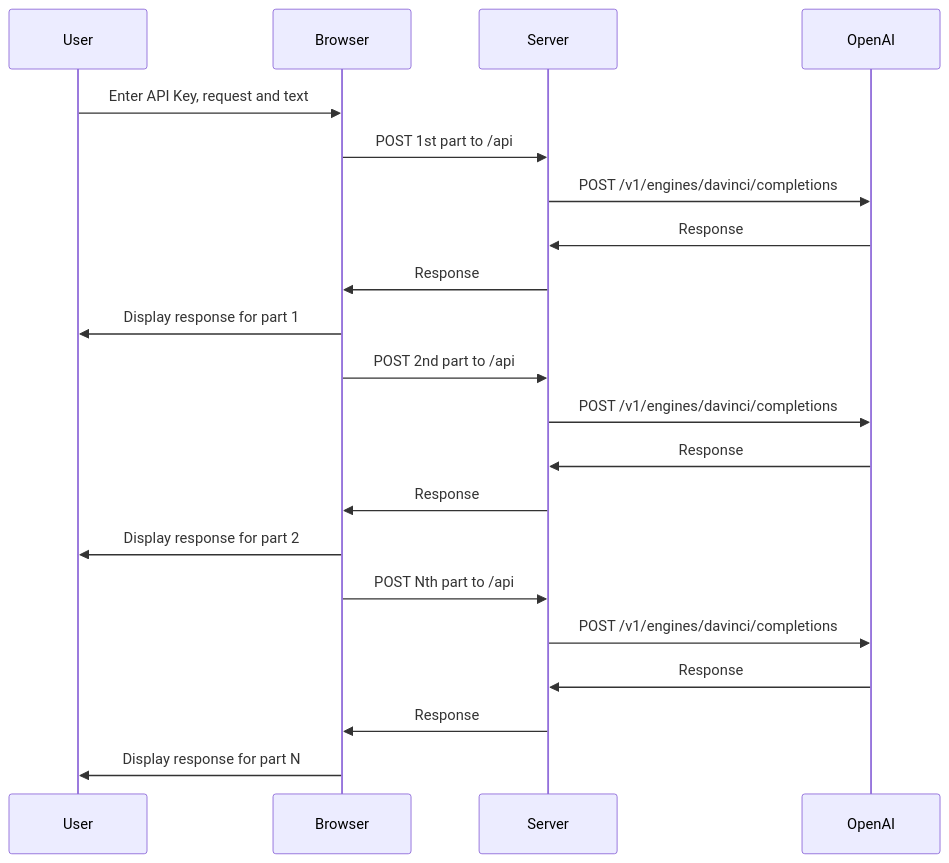
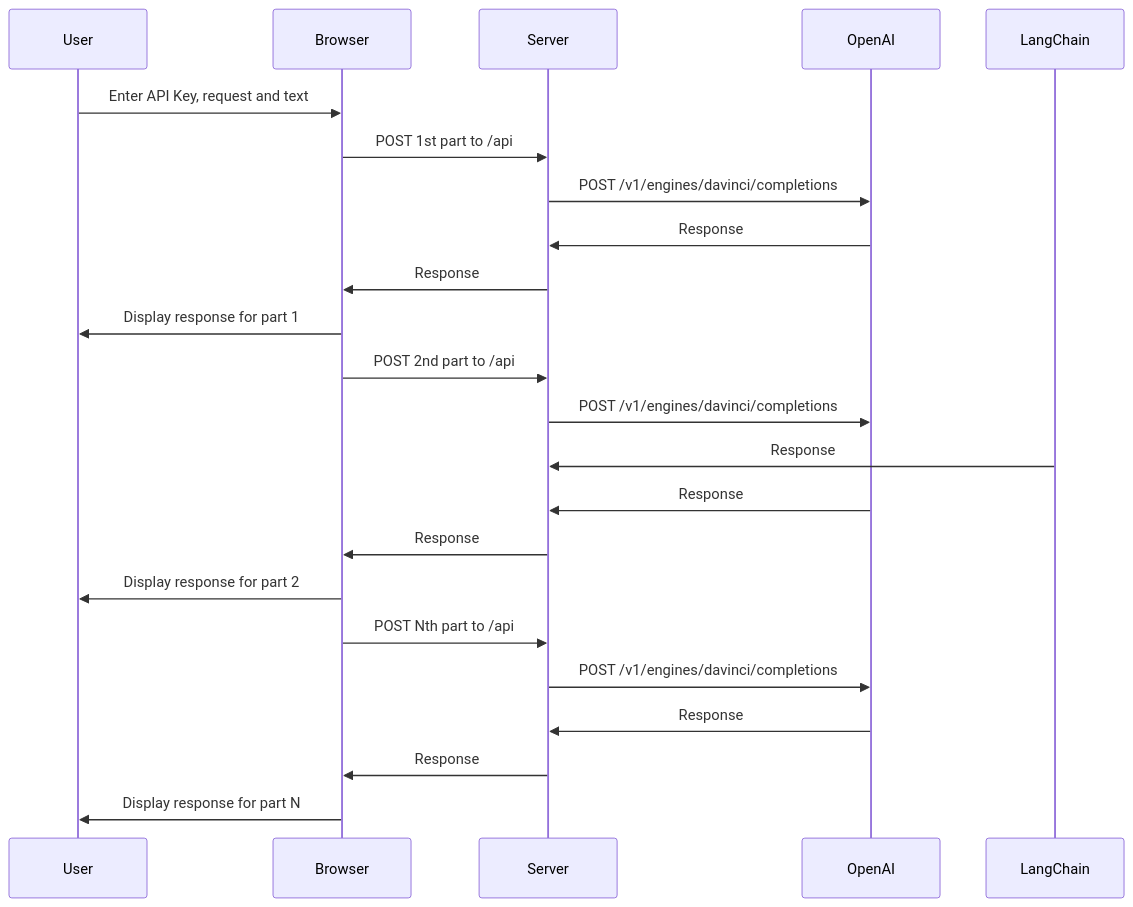
One commit to bhaskatripathi/FusionGPT changed the diagram in README.md. Above: the diagram before and after it, drawn with Mermaid. The commit also changed other lines of this file, not shown here.

````diff
--- a/README.md
+++ b/README.md
@@ -19,23 +19,24 @@
 ```mermaid
 sequenceDiagram
     participant User
     participant Browser
     participant Server
     participant OpenAI
     User->>Browser: Enter API Key, request and text
     Browser->>Server: POST 1st part to /api
     Server->>OpenAI: POST /v1/engines/davinci/completions
     OpenAI->>Server: Response
     Server->>Browser: Response
     Browser->>User: Display response for part 1
     Browser->>Server: POST 2nd part to /api
     Server->>OpenAI: POST /v1/engines/davinci/completions
+    LangChain->>Server: Response
     OpenAI->>Server: Response
     Server->>Browser: Response
     Browser->>User: Display response for part 2
     Browser->>Server: POST Nth part to /api
     Server->>OpenAI: POST /v1/engines/davinci/completions
     OpenAI->>Server: Response
     Server->>Browser: Response
     Browser->>User: Display response for part N
 ```
````
